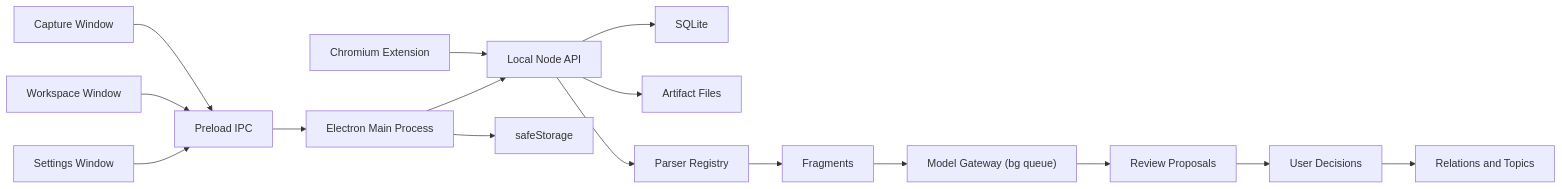
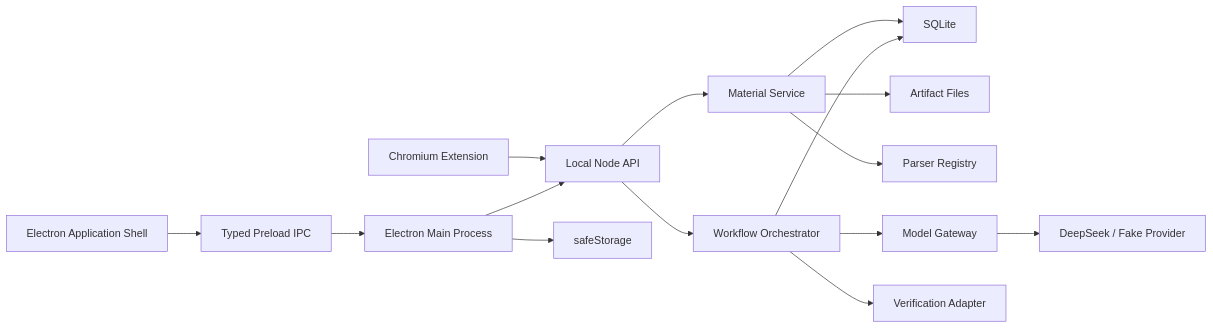
One commit to doupier-AI/collector changed the diagram in docs/ARCHITECTURE.md. Above: the diagram before and after it, drawn with Mermaid. The commit also changed other lines of this file and 2 other files, not shown here.

````diff
--- a/docs/ARCHITECTURE.md
+++ b/docs/ARCHITECTURE.md
@@ -23,19 +32,17 @@
 ```mermaid
 flowchart LR
   EXT["Chromium Extension"] --> API["Local Node API"]
-  CAPTURE["Capture Window"] --> IPC["Preload IPC"]
-  WORKSPACE["Workspace Window"] --> IPC
-  SETTINGS["Settings Window"] --> IPC
-  MAIN["Electron Main Process"]
-  IPC --> MAIN
+  SHELL["Electron Application Shell"] --> IPC["Typed Preload IPC"]
+  IPC --> MAIN["Electron Main Process"]
   MAIN --> API
   MAIN --> KEY["safeStorage"]
-  API --> DB["SQLite"]
-  API --> FILES["Artifact Files"]
-  API --> PARSE["Parser Registry"]
-  PARSE --> FRAG["Fragments"]
-  FRAG --> LLM["Model Gateway (bg queue)"]
-  LLM --> PROPOSAL["Review Proposals"]
-  PROPOSAL --> DECISION["User Decisions"]
-  DECISION --> KNOWLEDGE["Relations and Topics"]
+  API --> MATERIAL["Material Service"]
+  API --> WORKFLOW["Workflow Orchestrator"]
+  MATERIAL --> DB["SQLite"]
+  MATERIAL --> FILES["Artifact Files"]
+  MATERIAL --> PARSER["Parser Registry"]
+  WORKFLOW --> DB
+  WORKFLOW --> MODEL["Model Gateway"]
+  WORKFLOW --> SEARCH["Verification Adapter"]
+  MODEL --> DEEPSEEK["DeepSeek / Fake Provider"]
 ```
````
